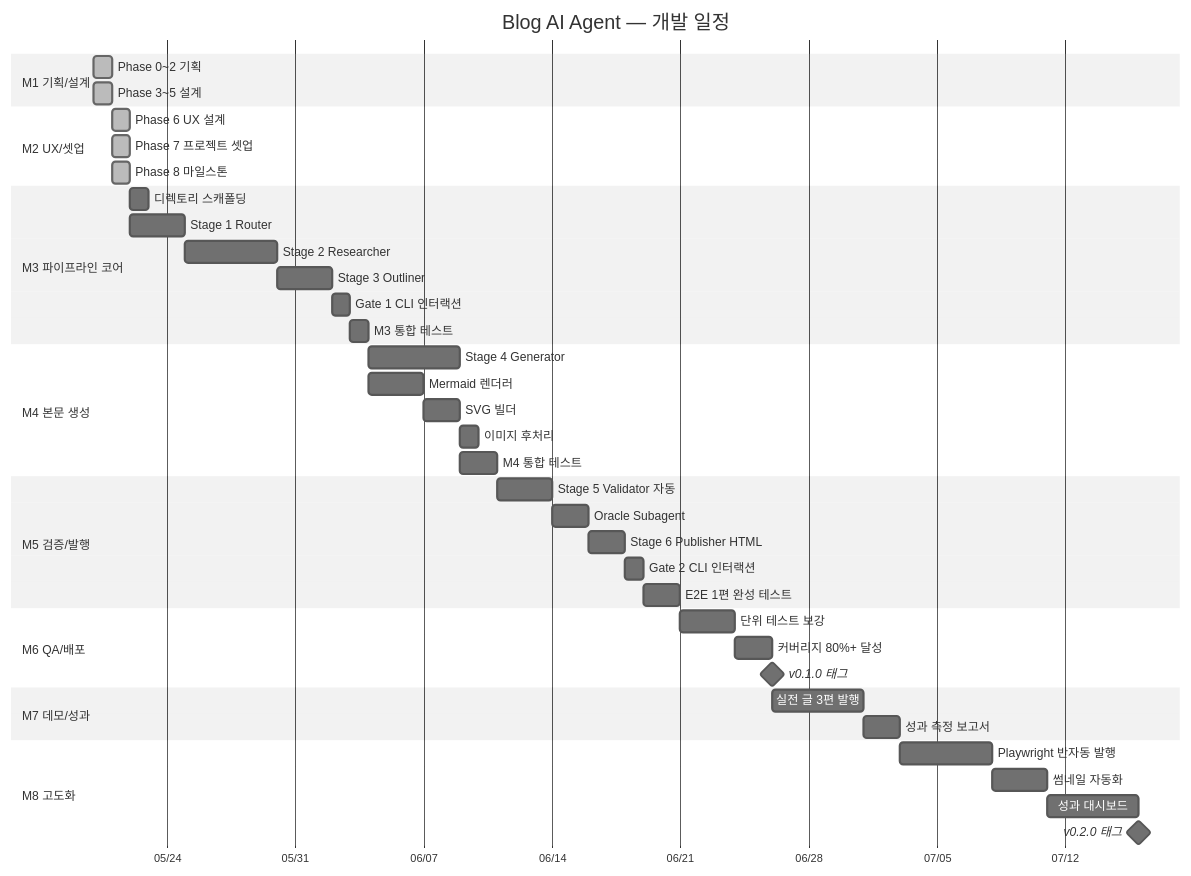
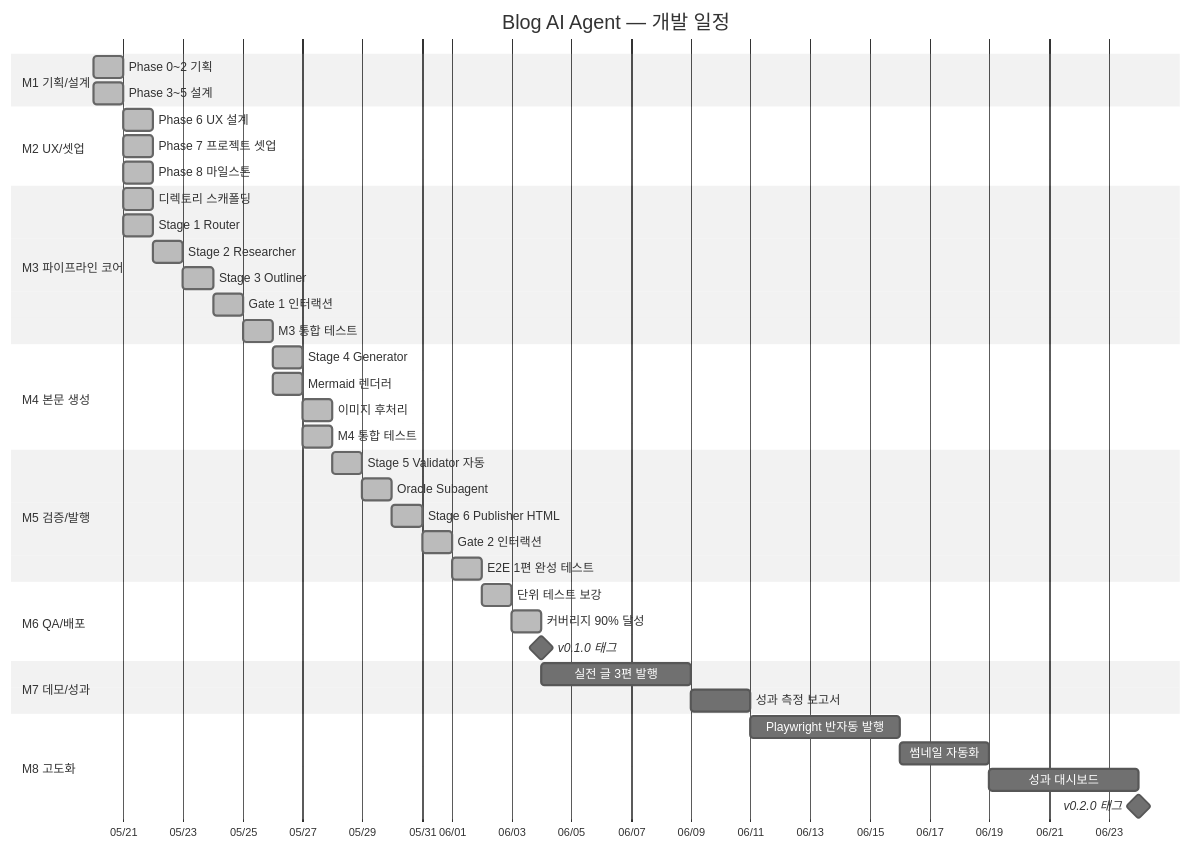
Before and after one commit to JaylenAI/blog_ai_agent: the first of 2 diagrams in docs/08-milestones.md, drawn with Mermaid (neutral theme). The commit also changed other lines of this file and 13 other files, not shown here.

````diff
--- a/docs/08-milestones.md
+++ b/docs/08-milestones.md
@@ -44,52 +44,51 @@
 ```mermaid
 gantt
     title Blog AI Agent — 개발 일정
     dateFormat YYYY-MM-DD
     axisFormat %m/%d
 
     section M1 기획/설계
     Phase 0~2 기획           :done, m1a, 2026-05-20, 1d
     Phase 3~5 설계           :done, m1b, 2026-05-20, 1d
 
     section M2 UX/셋업
     Phase 6 UX 설계          :done, m2a, 2026-05-21, 1d
     Phase 7 프로젝트 셋업     :done, m2b, 2026-05-21, 1d
     Phase 8 마일스톤          :done, m2c, 2026-05-21, 1d
 
     section M3 파이프라인 코어
-    디렉토리 스캐폴딩         :m3a, 2026-05-22, 1d
-    Stage 1 Router           :m3b, 2026-05-22, 3d
-    Stage 2 Researcher       :m3c, after m3b, 5d
-    Stage 3 Outliner         :m3d, after m3c, 3d
-    Gate 1 CLI 인터랙션       :m3e, after m3d, 1d
-    M3 통합 테스트            :m3f, after m3e, 1d
+    디렉토리 스캐폴딩         :done, m3a, 2026-05-21, 1d
+    Stage 1 Router           :done, m3b, 2026-05-21, 1d
+    Stage 2 Researcher       :done, m3c, after m3b, 1d
+    Stage 3 Outliner         :done, m3d, after m3c, 1d
+    Gate 1 인터랙션           :done, m3e, after m3d, 1d
+    M3 통합 테스트            :done, m3f, after m3e, 1d
 
     section M4 본문 생성
-    Stage 4 Generator         :m4a, after m3f, 5d
-    Mermaid 렌더러            :m4b, after m3f, 3d
-    SVG 빌더                 :m4c, after m4b, 2d
-    이미지 후처리              :m4d, after m4c, 1d
-    M4 통합 테스트            :m4e, after m4a, 2d
+    Stage 4 Generator         :done, m4a, after m3f, 1d
+    Mermaid 렌더러            :done, m4b, after m3f, 1d
+    이미지 후처리              :done, m4d, after m4b, 1d
+    M4 통합 테스트            :done, m4e, after m4a, 1d
 
     section M5 검증/발행
-    Stage 5 Validator 자동    :m5a, after m4e, 3d
-    Oracle Subagent           :m5b, after m5a, 2d
-    Stage 6 Publisher HTML    :m5c, after m5b, 2d
-    Gate 2 CLI 인터랙션       :m5d, after m5c, 1d
-    E2E 1편 완성 테스트       :m5e, after m5d, 2d
+    Stage 5 Validator 자동    :done, m5a, after m4e, 1d
+    Oracle Subagent           :done, m5b, after m5a, 1d
+    Stage 6 Publisher HTML    :done, m5c, after m5b, 1d
+    Gate 2 인터랙션           :done, m5d, after m5c, 1d
+    E2E 1편 완성 테스트       :done, m5e, after m5d, 1d
 
     section M6 QA/배포
-    단위 테스트 보강           :m6a, after m5e, 3d
-    커버리지 80%+ 달성         :m6b, after m6a, 2d
+    단위 테스트 보강           :done, m6a, after m5e, 1d
+    커버리지 90% 달성          :done, m6b, after m6a, 1d
     v0.1.0 태그               :milestone, m6c, after m6b, 0d
 
     section M7 데모/성과
     실전 글 3편 발행           :m7a, after m6c, 5d
     성과 측정 보고서           :m7b, after m7a, 2d
 
     section M8 고도화
     Playwright 반자동 발행     :m8a, after m7b, 5d
     썸네일 자동화              :m8b, after m8a, 3d
     성과 대시보드              :m8c, after m8b, 5d
     v0.2.0 태그               :milestone, m8d, after m8c, 0d
 ```
````
